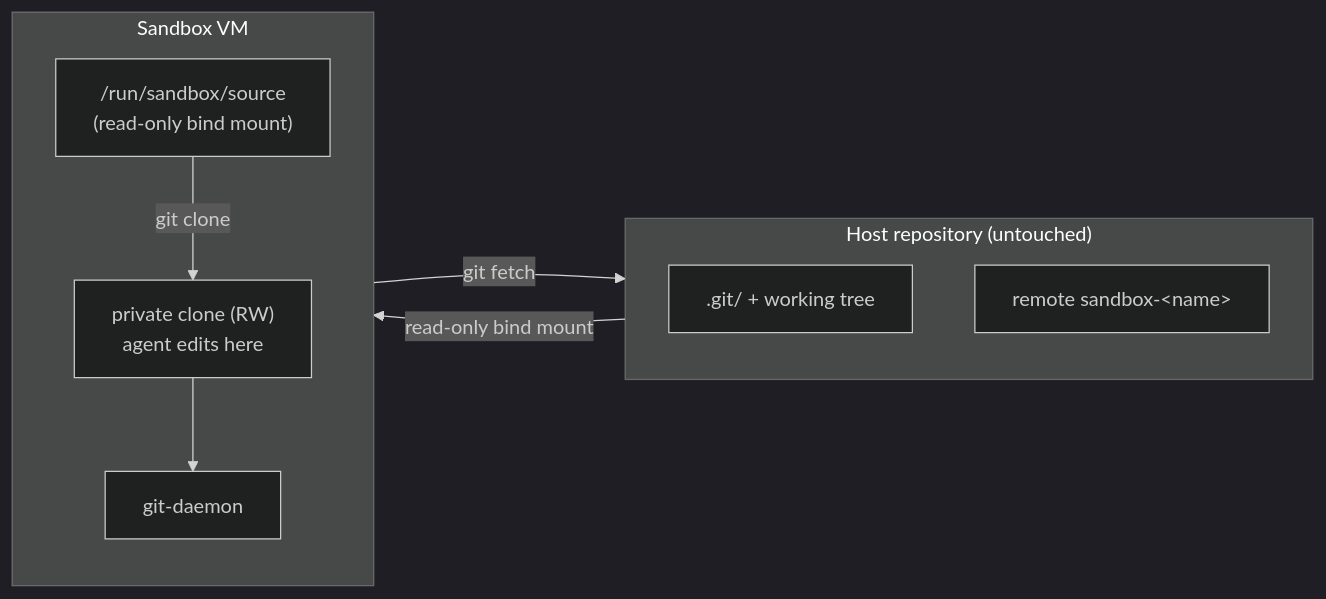
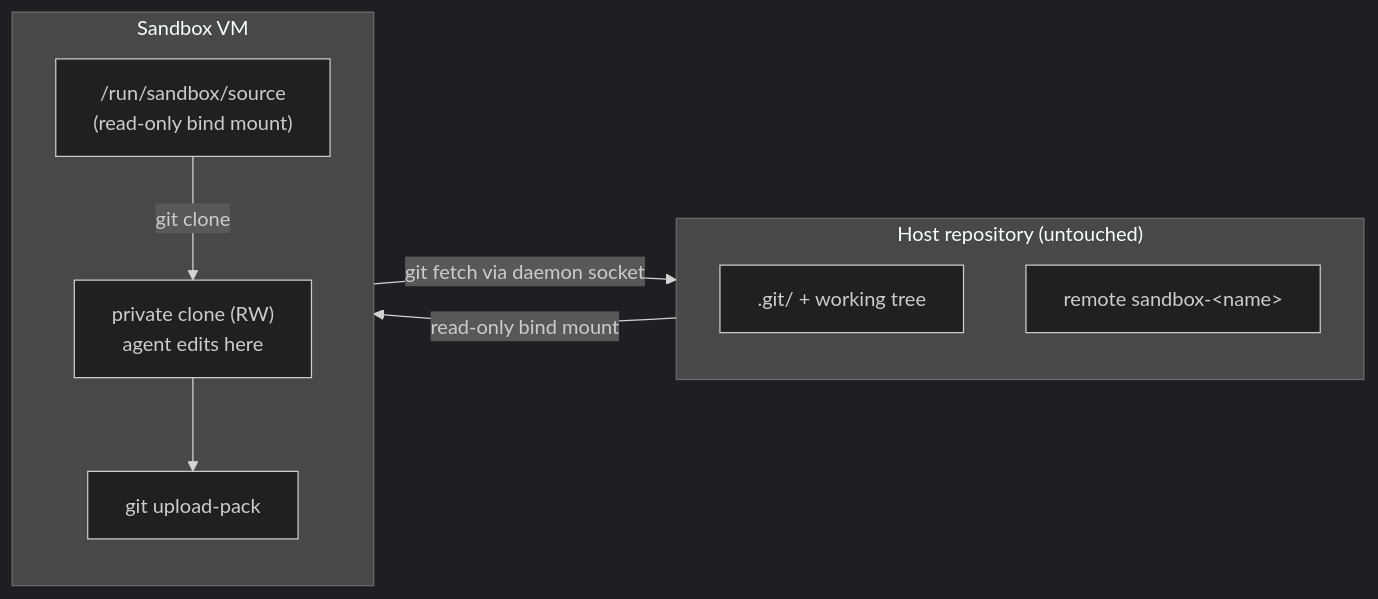
The second of 2 diagrams in content/manuals/ai/sandboxes/security/isolation.md (docker/docs), drawn with Mermaid (dark theme) before and after one commit. The commit also changed other lines of this file and 1 other file, not shown here.

First line of the commit message:
docs: explain clone-mode Git remote transport

````diff
--- a/content/manuals/ai/sandboxes/security/isolation.md
+++ b/content/manuals/ai/sandboxes/security/isolation.md
@@ -217,18 +217,18 @@
 ```mermaid
 flowchart LR
   subgraph host["Host repository (untouched)"]
     direction TB
     repo[".git/ + working tree"]
     remote["remote sandbox-&lt;name&gt;"]
   end
   subgraph vm["Sandbox VM"]
     direction TB
     mount["/run/sandbox/source<br/>(read-only bind mount)"]
     clone["private clone (RW)<br/>agent edits here"]
-    daemon["git-daemon"]
+    upload["git upload-pack"]
   end
   repo -->|"read-only bind mount"| mount
   mount -->|"git clone"| clone
-  clone --> daemon
-  daemon -->|"git fetch"| remote
+  clone --> upload
+  upload -->|"git fetch via daemon socket"| remote
 ```
````
